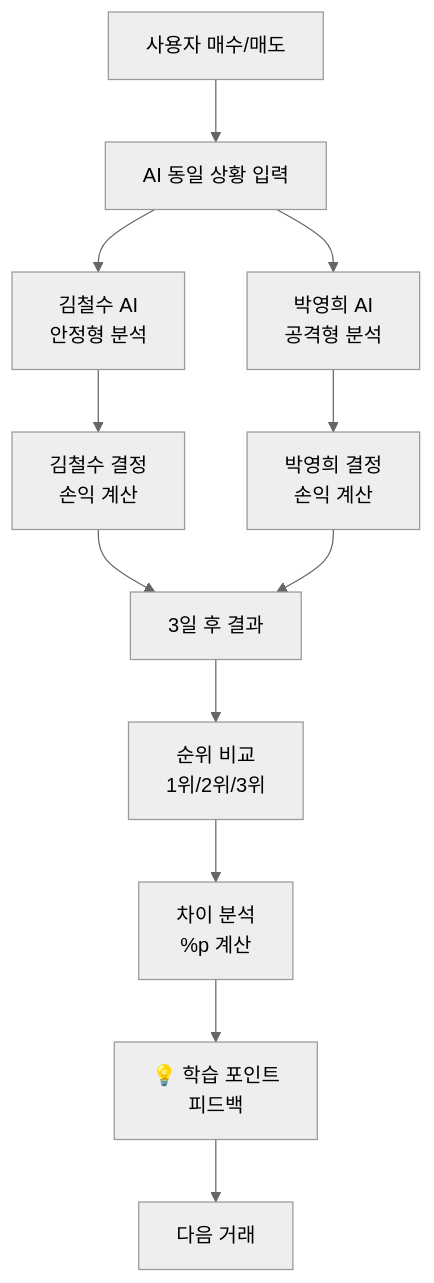
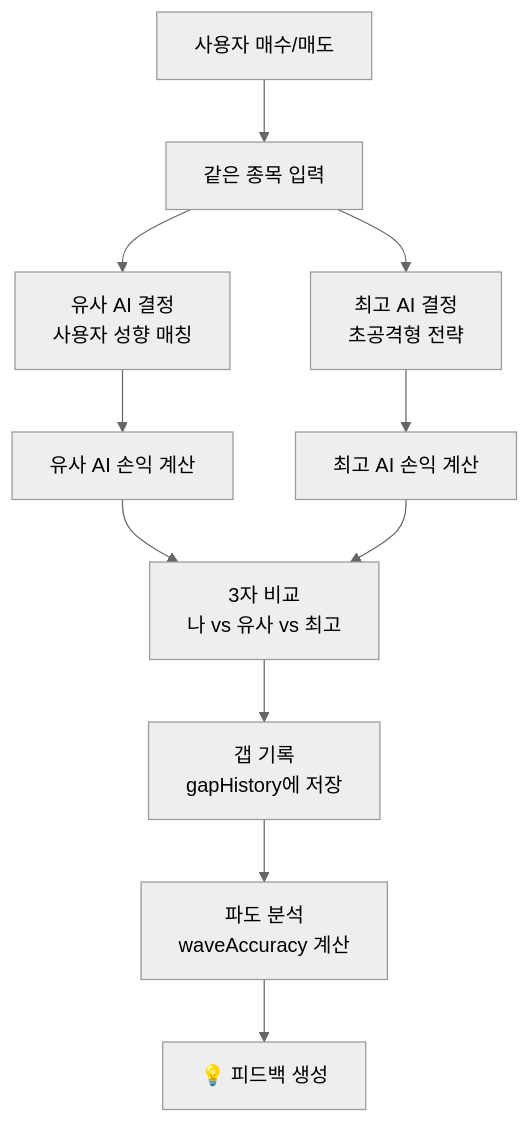
One commit to Collegenie-X/stock_simulation changed the second of 3 diagrams in README.md. Above: the diagram before and after it, drawn with Mermaid (neutral theme). The commit also changed other lines of this file and 45 other files, not shown here.

````diff
--- a/README.md
+++ b/README.md
@@ -1340,22 +538,18 @@
 ```mermaid
 flowchart TB
-    A[사용자 매수/매도] --> B[AI 동일 상황 입력]
-    
-    B --> C[김철수 AI<br/>안정형 분석]
-    B --> D[박영희 AI<br/>공격형 분석]
-    
-    C --> E[김철수 결정<br/>손익 계산]
-    D --> F[박영희 결정<br/>손익 계산]
-    
-    E --> G[3일 후 결과]
+    A[사용자 매수/매도] --> B[같은 종목 입력]
+
+    B --> C[유사 AI 결정<br/>사용자 성향 매칭]
+    B --> D[최고 AI 결정<br/>초공격형 전략]
+
+    C --> E[유사 AI 손익 계산]
+    D --> F[최고 AI 손익 계산]
+
+    E --> G[3자 비교<br/>나 vs 유사 vs 최고]
+
     F --> G
-    
-    G --> H[순위 비교<br/>1위/2위/3위]
-    
-    H --> I[차이 분석<br/>%p 계산]
-    
-    I --> J[💡 학습 포인트<br/>피드백]
-    
-    J --> K[다음 거래]
-    
+
+    G --> H[갭 기록<br/>gapHistory에 저장]
+    H --> I[파도 분석<br/>waveAccuracy 계산]
+    I --> J[💡 피드백 생성]
 ```
````
